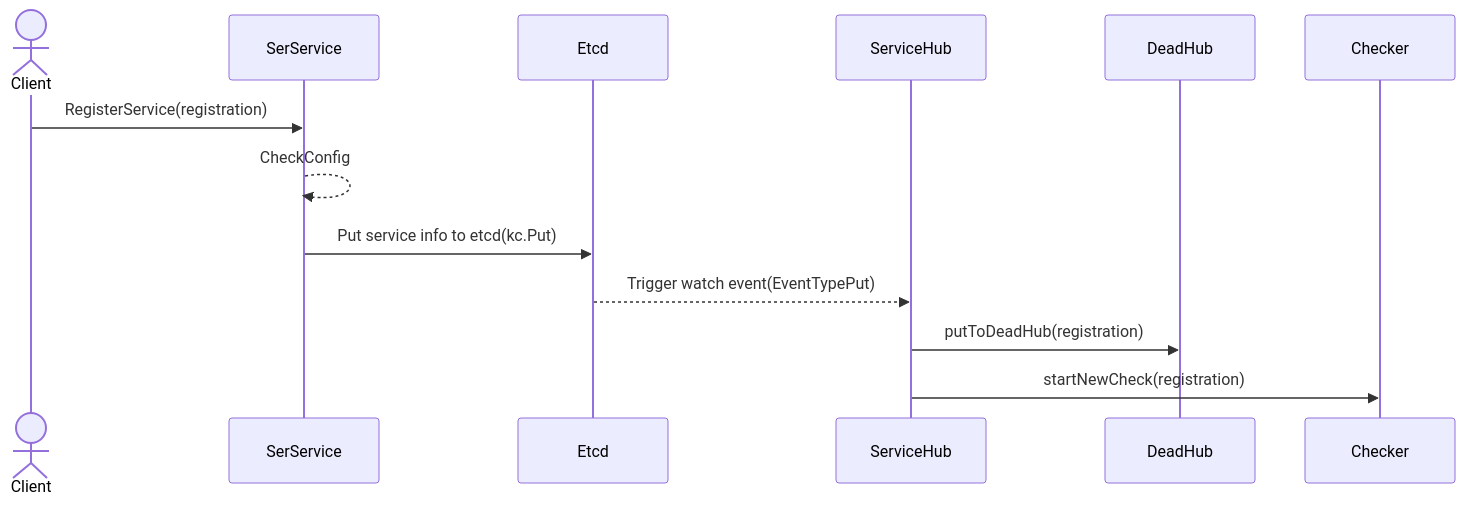
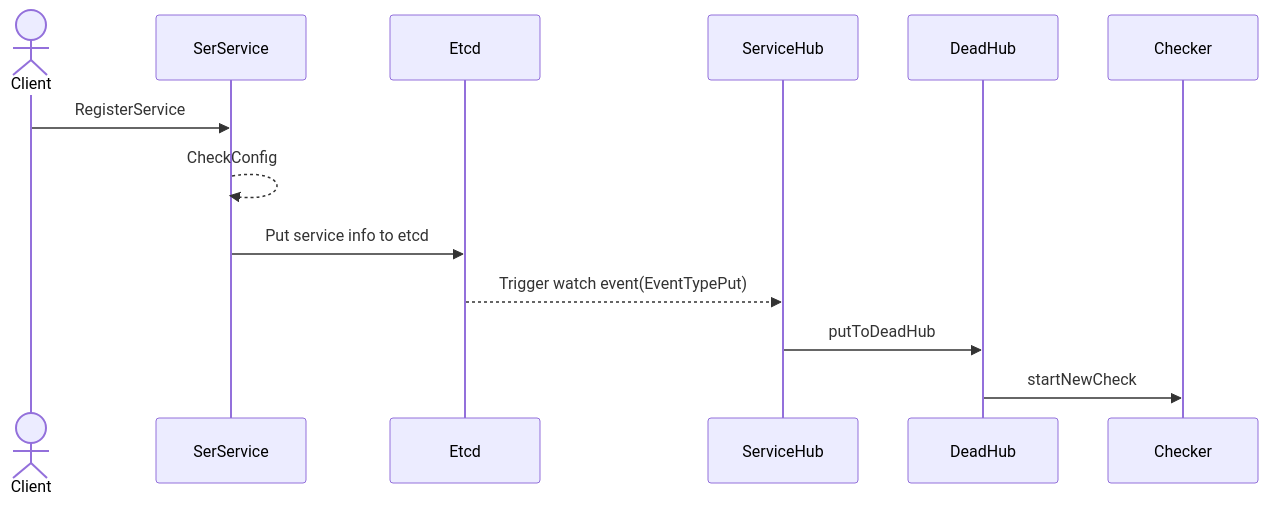
The second of 5 diagrams in README.md (cruvie/kk_etcd_go), drawn with Mermaid before and after one commit. The commit also changed other lines of this file and 51 other files, not shown here.

````diff
--- a/README.md
+++ b/README.md
@@ -94,10 +105,10 @@
 ```mermaid
 sequenceDiagram
     actor Client
-    Client ->> SerService: RegisterService(registration)
+    Client ->> SerService: RegisterService
     SerService -->> SerService: CheckConfig
-    SerService ->> Etcd: Put service info to etcd(kc.Put)
+    SerService ->> Etcd: Put service info to etcd
     Etcd -->> ServiceHub: Trigger watch event(EventTypePut)
-    ServiceHub ->> DeadHub: putToDeadHub(registration)
-    ServiceHub ->> Checker: startNewCheck(registration)
+    ServiceHub ->> DeadHub: putToDeadHub
+    DeadHub ->> Checker: startNewCheck
 ```
````
